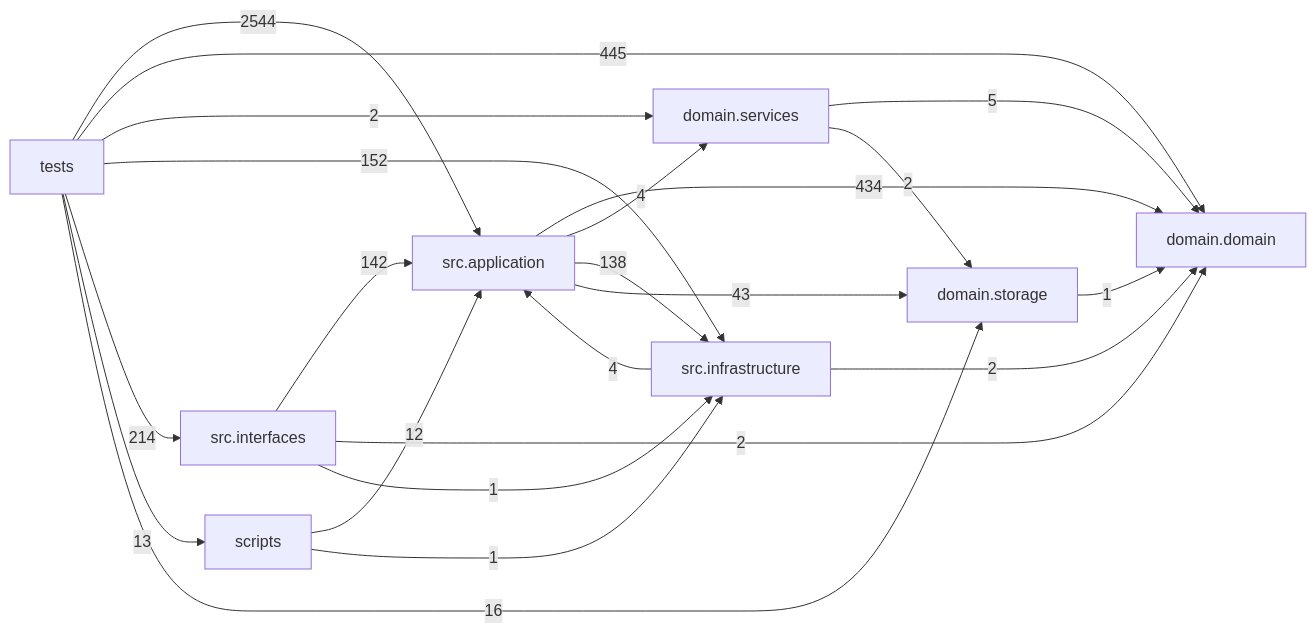
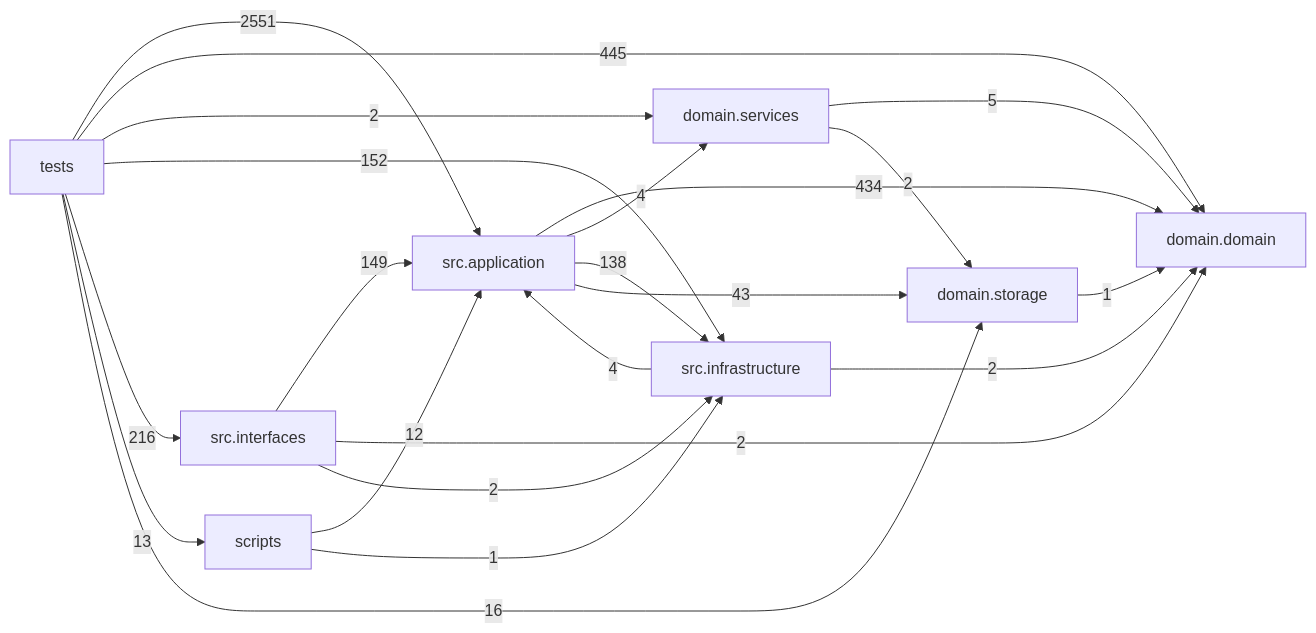
Before and after one commit to liuxie066/options-monitor: the diagram in docs/DEPENDENCY_GRAPH.md, drawn with Mermaid. The commit also changed other lines of this file and 12 other files, not shown here.

````diff
--- a/docs/DEPENDENCY_GRAPH.md
+++ b/docs/DEPENDENCY_GRAPH.md
@@ -24,32 +24,32 @@
 ```mermaid
 flowchart LR
   tests["tests"]
   scripts["scripts"]
   interfaces["src.interfaces"]
   application["src.application"]
   infrastructure["src.infrastructure"]
   domain_services["domain.services"]
   domain["domain.domain"]
   storage["domain.storage"]
   application -->|434| domain
   application -->|4| domain_services
   application -->|138| infrastructure
   application -->|43| storage
   domain_services -->|5| domain
   domain_services -->|2| storage
   infrastructure -->|4| application
   infrastructure -->|2| domain
-  interfaces -->|142| application
+  interfaces -->|149| application
   interfaces -->|2| domain
-  interfaces -->|1| infrastructure
+  interfaces -->|2| infrastructure
   scripts -->|12| application
   scripts -->|1| infrastructure
   storage -->|1| domain
-  tests -->|2544| application
+  tests -->|2551| application
   tests -->|445| domain
   tests -->|2| domain_services
   tests -->|152| infrastructure
-  tests -->|214| interfaces
+  tests -->|216| interfaces
   tests -->|13| scripts
   tests -->|16| storage
 ```
````
